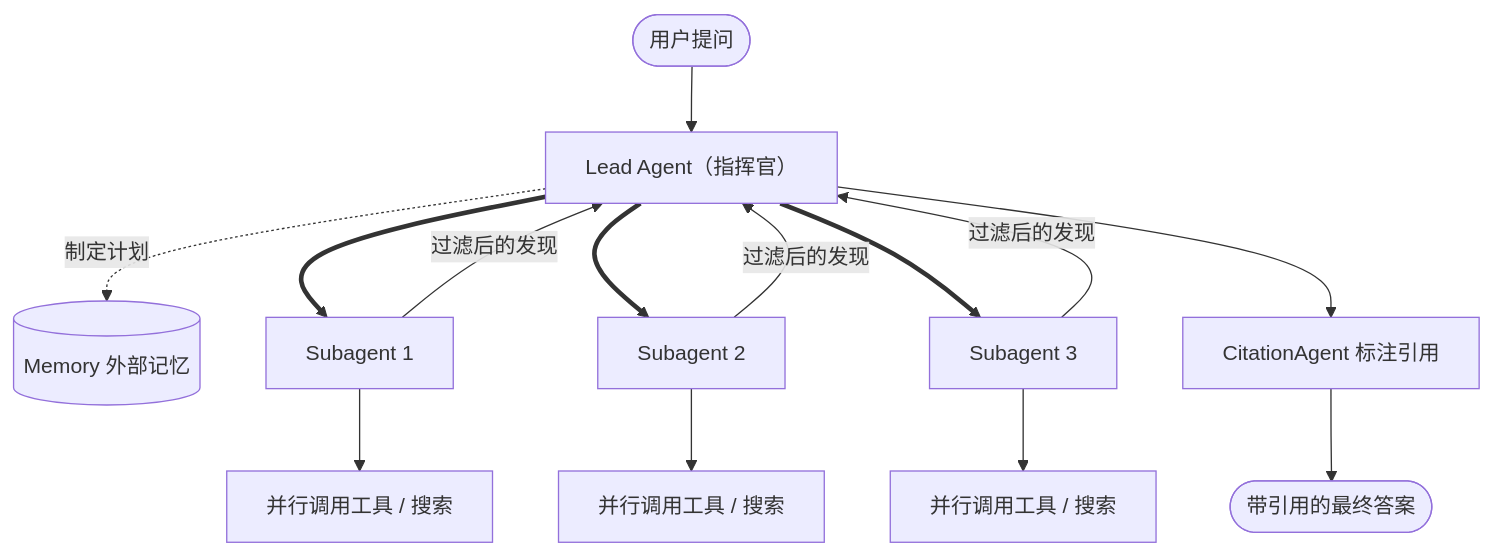
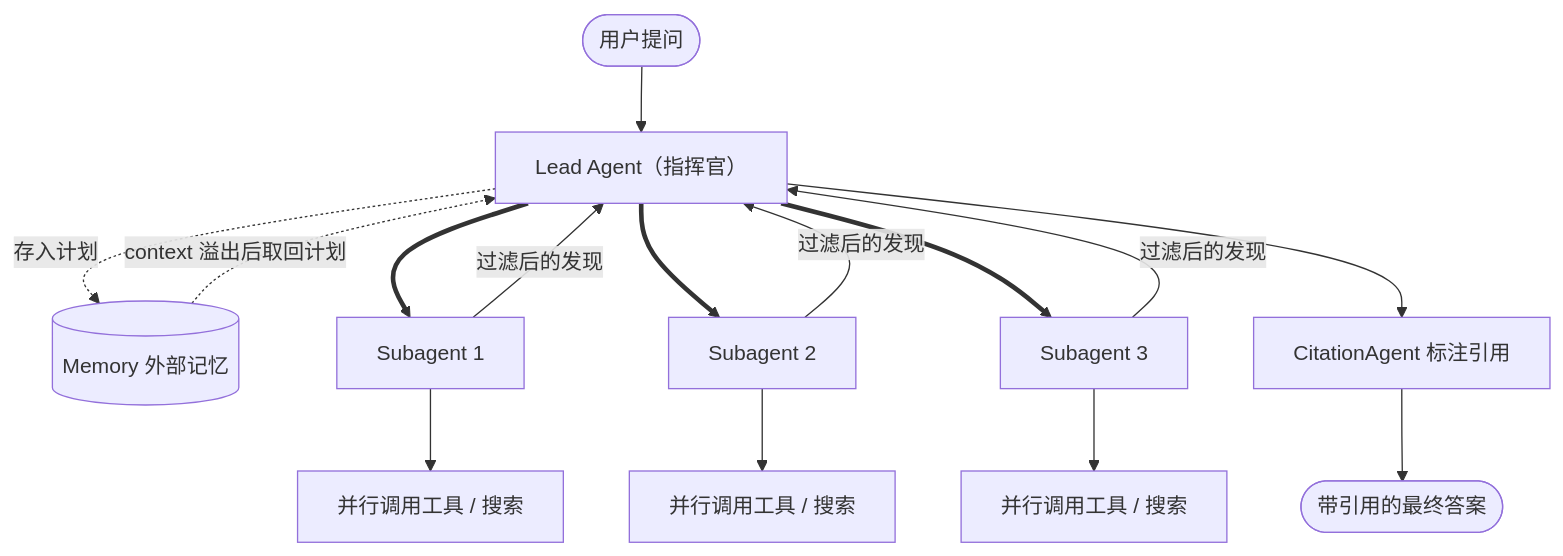
One commit to sleepingbear-ai/blog-dev changed the first of 2 diagrams in sleepingbear-ai-blog/content/posts/anthropic-multi-agent-research.md. Above: the diagram before and after it, drawn with Mermaid.

Commit message:
Show Memory as read/write store in architecture diagram

````diff
--- a/sleepingbear-ai-blog/content/posts/anthropic-multi-agent-research.md
+++ b/sleepingbear-ai-blog/content/posts/anthropic-multi-agent-research.md
@@ -37,16 +37,17 @@
 ```mermaid
 flowchart TD
     U(["用户提问"]) --> L["Lead Agent（指挥官）"]
-    L -. 制定计划 .-> M[("Memory 外部记忆")]
+    L -. 存入计划 .-> M[("Memory 外部记忆")]
+    M -. context 溢出后取回计划 .-> L
     L ==> S1["Subagent 1"]
     L ==> S2["Subagent 2"]
     L ==> S3["Subagent 3"]
     S1 --> T1["并行调用工具 / 搜索"]
     S2 --> T2["并行调用工具 / 搜索"]
     S3 --> T3["并行调用工具 / 搜索"]
     S1 -- 过滤后的发现 --> L
     S2 -- 过滤后的发现 --> L
     S3 -- 过滤后的发现 --> L
     L --> C["CitationAgent 标注引用"]
     C --> R(["带引用的最终答案"])
 ```
````
